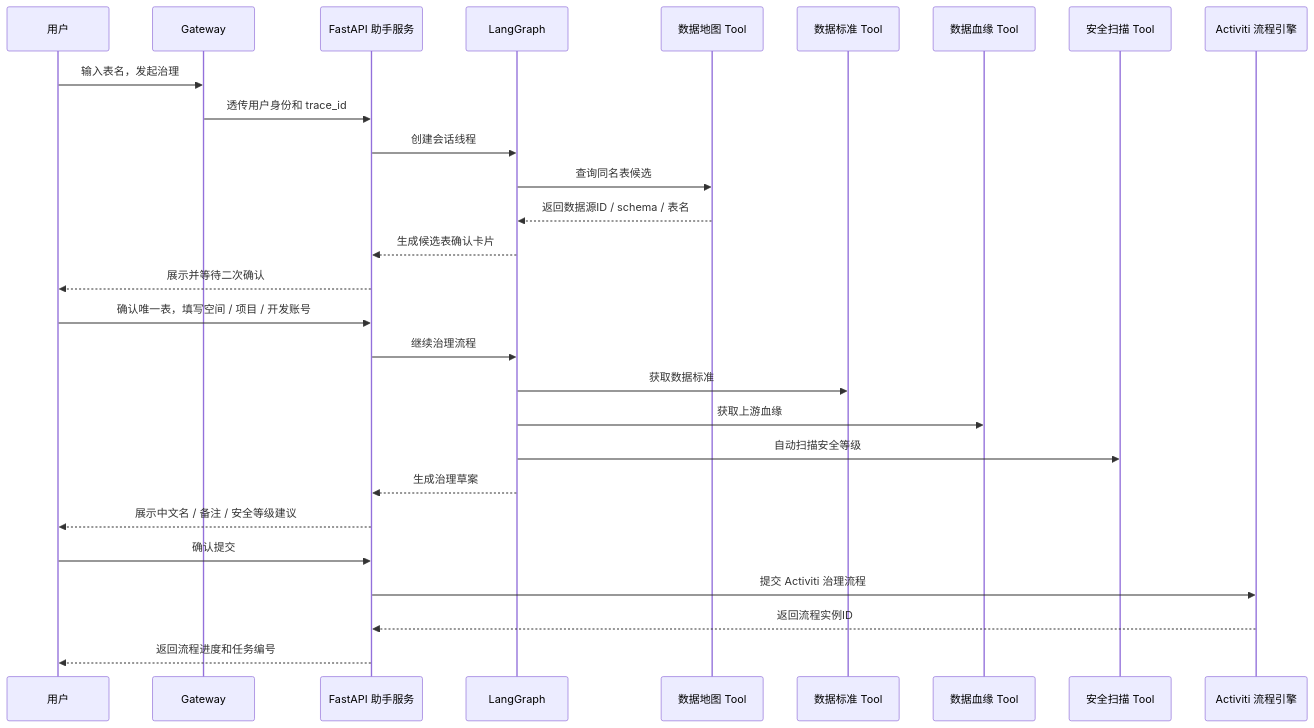
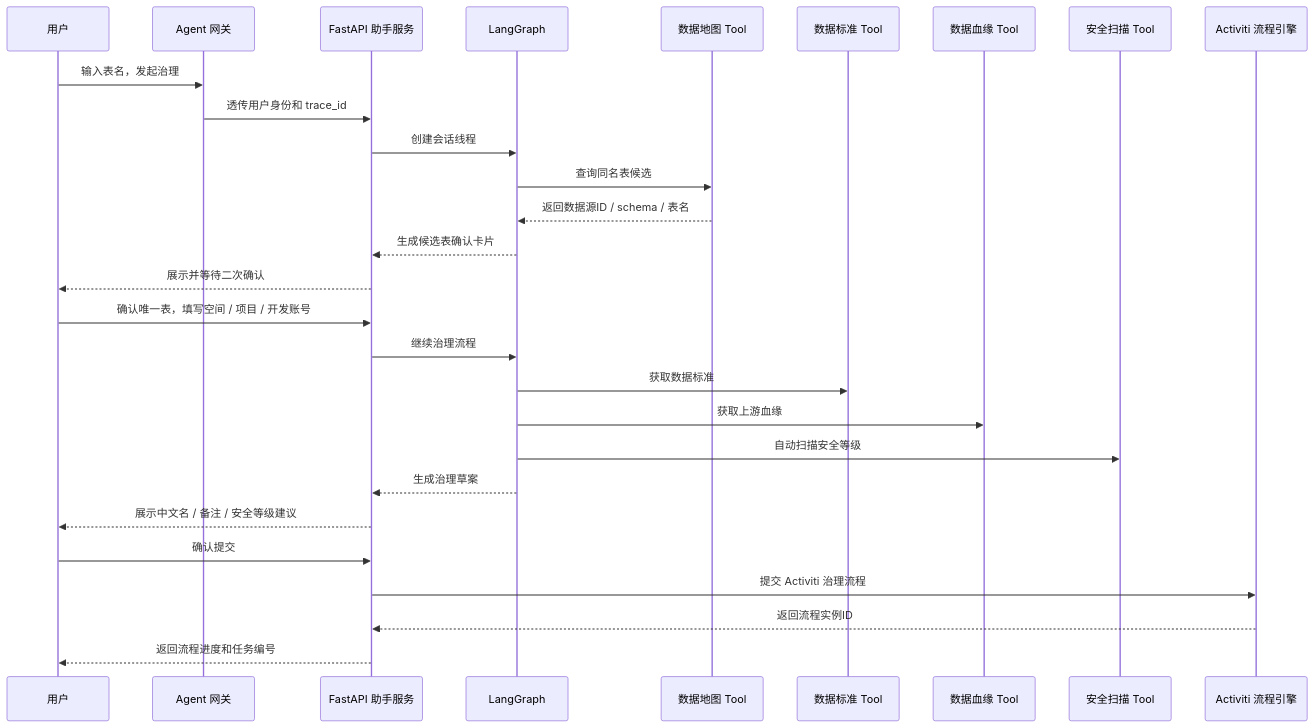
Before and after one commit to ShaneLiu001/dataasset: the second of 2 diagrams in 数据资产助手/05-数据资产助手技术选型方案.md, drawn with Mermaid. The commit also changed other lines of this file and 17 other files, not shown here.

````diff
--- a/数据资产助手/05-数据资产助手技术选型方案.md
+++ b/数据资产助手/05-数据资产助手技术选型方案.md
@@ -397,31 +397,31 @@
 ```mermaid
 sequenceDiagram
   participant U as 用户
-  participant G as Gateway
+  participant G as Agent 网关
   participant A as FastAPI 助手服务
   participant L as LangGraph
   participant M as 数据地图 Tool
   participant S as 数据标准 Tool
   participant B as 数据血缘 Tool
   participant R as 安全扫描 Tool
   participant W as Activiti 流程引擎
 
   U->>G: 输入表名，发起治理
   G->>A: 透传用户身份和 trace_id
   A->>L: 创建会话线程
   L->>M: 查询同名表候选
   M-->>L: 返回数据源ID / schema / 表名
   L-->>A: 生成候选表确认卡片
   A-->>U: 展示并等待二次确认
   U->>A: 确认唯一表，填写空间 / 项目 / 开发账号
   A->>L: 继续治理流程
   L->>S: 获取数据标准
   L->>B: 获取上游血缘
   L->>R: 自动扫描安全等级
   L-->>A: 生成治理草案
   A-->>U: 展示中文名 / 备注 / 安全等级建议
   U->>A: 确认提交
   A->>W: 提交 Activiti 治理流程
   W-->>A: 返回流程实例ID
   A-->>U: 返回流程进度和任务编号
 ```
````
